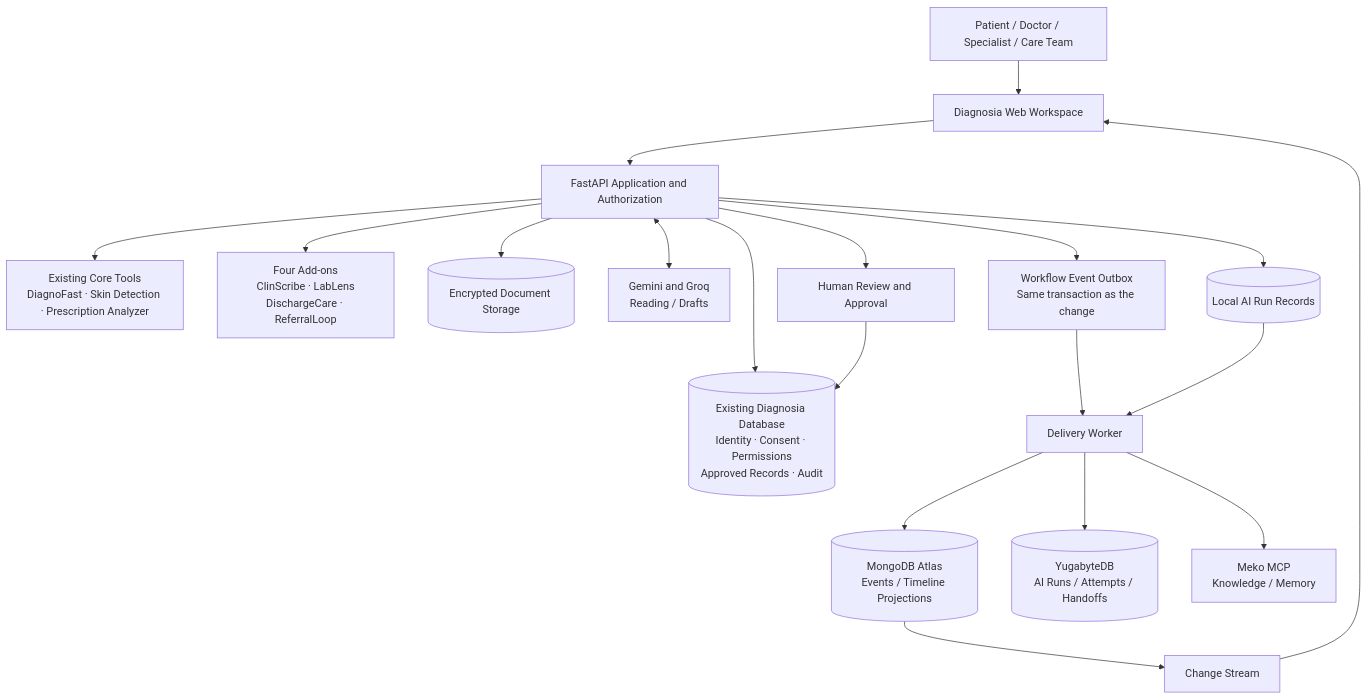
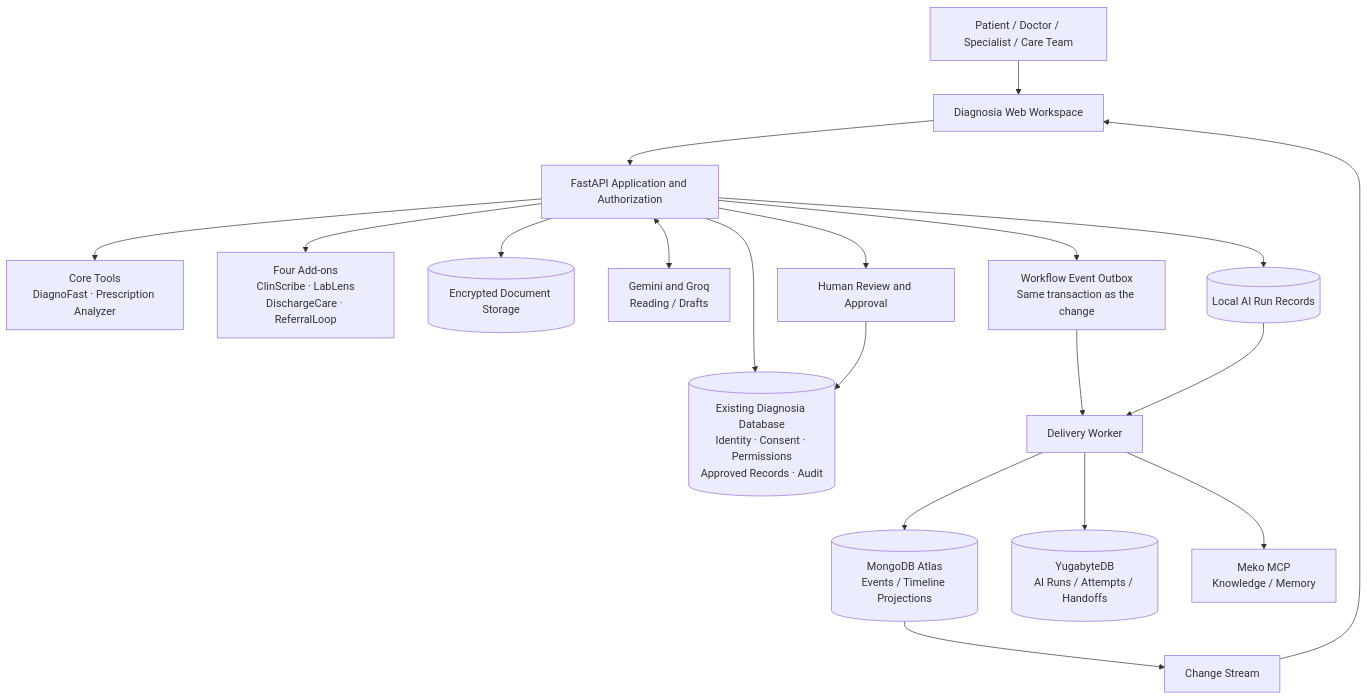
Before and after one commit to adityafilesx/Diagnosia: the first of 2 diagrams in README.md, drawn with Mermaid. The commit also changed other lines of this file and 46 other files, not shown here.

First line of the commit message:
Remove Skin Cancer Detection and OptiKinesis

````diff
--- a/README.md
+++ b/README.md
@@ -275,25 +248,25 @@
 ```mermaid
 flowchart TD
     U[Patient / Doctor / Specialist / Care Team] --> WEB[Diagnosia Web Workspace]
     WEB --> API[FastAPI Application and Authorization]
 
-    API --> CORE[Existing Core Tools<br/>DiagnoFast · Skin Detection · Prescription Analyzer]
+    API --> CORE[Core Tools<br/>DiagnoFast · Prescription Analyzer]
     API --> ADDONS[Four Add-ons<br/>ClinScribe · LabLens<br/>DischargeCare · ReferralLoop]
 
     API --> DB[(Existing Diagnosia Database<br/>Identity · Consent · Permissions<br/>Approved Records · Audit)]
     API --> DOCS[(Encrypted Document Storage)]
 
     API <--> GEM[Gemini and Groq<br/>Reading / Drafts]
     API --> OUTBOX[Workflow Event Outbox<br/>Same transaction as the change]
     API --> RUNS[(Local AI Run Records)]
     OUTBOX --> WORKER[Delivery Worker]
     RUNS --> WORKER
     WORKER --> ATLAS[(MongoDB Atlas<br/>Events / Timeline Projections)]
     WORKER --> YB[(YugabyteDB<br/>AI Runs / Attempts / Handoffs)]
     WORKER --> MEKO[Meko MCP<br/>Knowledge / Memory]
     ATLAS --> STREAM[Change Stream]
     STREAM --> WEB
 
     API --> REVIEW[Human Review and Approval]
     REVIEW --> DB
 ```
````
